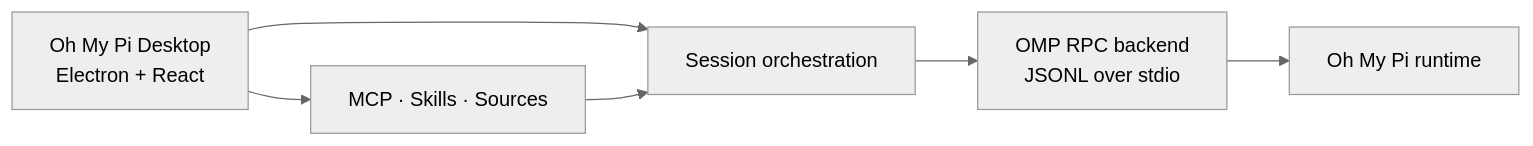
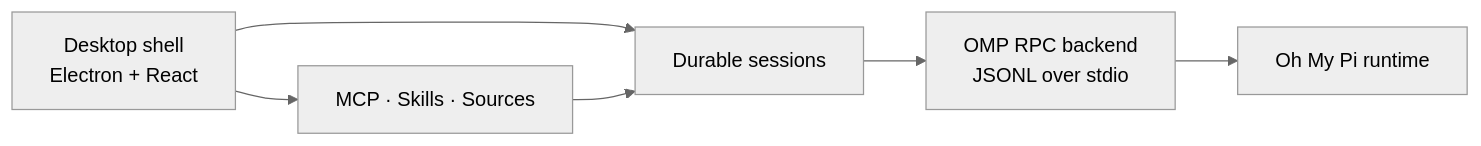
Before and after one commit to BRCOO/ohmypi-craft: the diagram in README.md, drawn with Mermaid (neutral theme). The commit also changed other lines of this file and 2 other files, not shown here.

````diff
--- a/README.md
+++ b/README.md
@@ -48,8 +50,8 @@
 ```mermaid
 flowchart LR
-    UI[Oh My Pi Desktop\nElectron + React] --> Sessions[Session orchestration]
-    Sessions --> Backend[OMP RPC backend\nJSONL over stdio]
-    Backend --> Runtime[Oh My Pi runtime]
-    UI --> Sources[MCP · Skills · Sources]
+    UI["Desktop shell<br/>Electron + React"] --> Sessions["Durable sessions"]
+    Sessions --> RPC["OMP RPC backend<br/>JSONL over stdio"]
+    RPC --> Runtime["Oh My Pi runtime"]
+    UI --> Sources["MCP · Skills · Sources"]
     Sources --> Sessions
 ```
````
